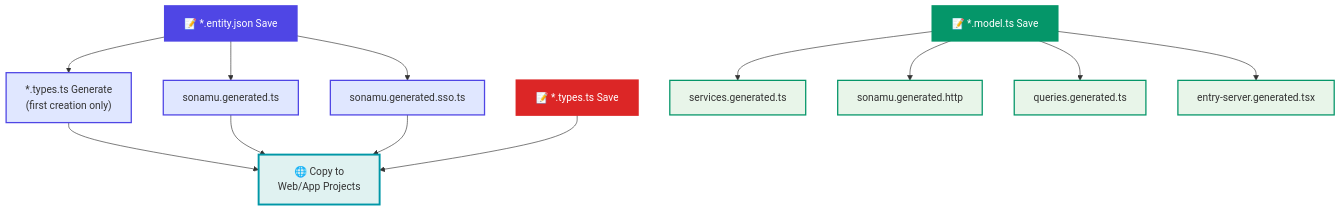
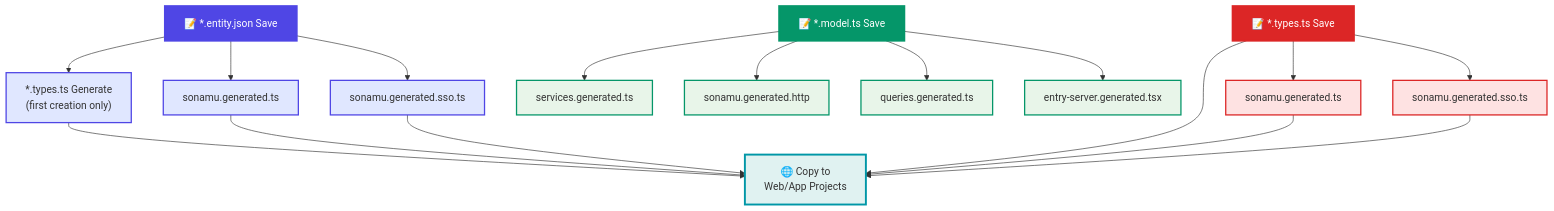
Before and after one commit to cartanova-ai/sonamu: the diagram in modules/docs/en/core-concepts/auto-generation/when-files-regenerate.mdx, drawn with Mermaid. The commit also changed other lines of this file and 1 other file, not shown here.

````diff
--- a/modules/docs/en/core-concepts/auto-generation/when-files-regenerate.mdx
+++ b/modules/docs/en/core-concepts/auto-generation/when-files-regenerate.mdx
@@ -10,35 +10,43 @@
 ```mermaid
 flowchart TD
     A["📝 *.entity.json Save"]
     E["📝 *.model.ts Save"]
     J["📝 *.types.ts Save"]
 
     A --> A1["*.types.ts Generate<br/>(first creation only)"]
     A --> A2[sonamu.generated.ts]
     A --> A3[sonamu.generated.sso.ts]
 
     E --> E1[services.generated.ts]
     E --> E2[sonamu.generated.http]
     E --> E3[queries.generated.ts]
     E --> E4[entry-server.generated.tsx]
 
+    J --> J1[sonamu.generated.ts]
+    J --> J2[sonamu.generated.sso.ts]
+
     A1 --> W["🌐 Copy to<br/>Web/App Projects"]
     A2 --> W
     A3 --> W
     J --> W
+    J1 --> W
+    J2 --> W
 
     style A fill:#4f46e5,color:#fff,stroke:#4f46e5,stroke-width:3px
     style E fill:#059669,color:#fff,stroke:#059669,stroke-width:3px
     style J fill:#dc2626,color:#fff,stroke:#dc2626,stroke-width:3px
 
     style A1 fill:#e0e7ff,stroke:#4f46e5,stroke-width:2px
     style A2 fill:#e0e7ff,stroke:#4f46e5,stroke-width:2px
     style A3 fill:#e0e7ff,stroke:#4f46e5,stroke-width:2px
 
     style E1 fill:#e8f5e9,stroke:#059669,stroke-width:2px
     style E2 fill:#e8f5e9,stroke:#059669,stroke-width:2px
     style E3 fill:#e8f5e9,stroke:#059669,stroke-width:2px
     style E4 fill:#e8f5e9,stroke:#059669,stroke-width:2px
 
+    style J1 fill:#fee2e2,stroke:#dc2626,stroke-width:2px
+    style J2 fill:#fee2e2,stroke:#dc2626,stroke-width:2px
+
     style W fill:#e0f2f1,stroke:#0097a7,stroke-width:3px
 ```
````
